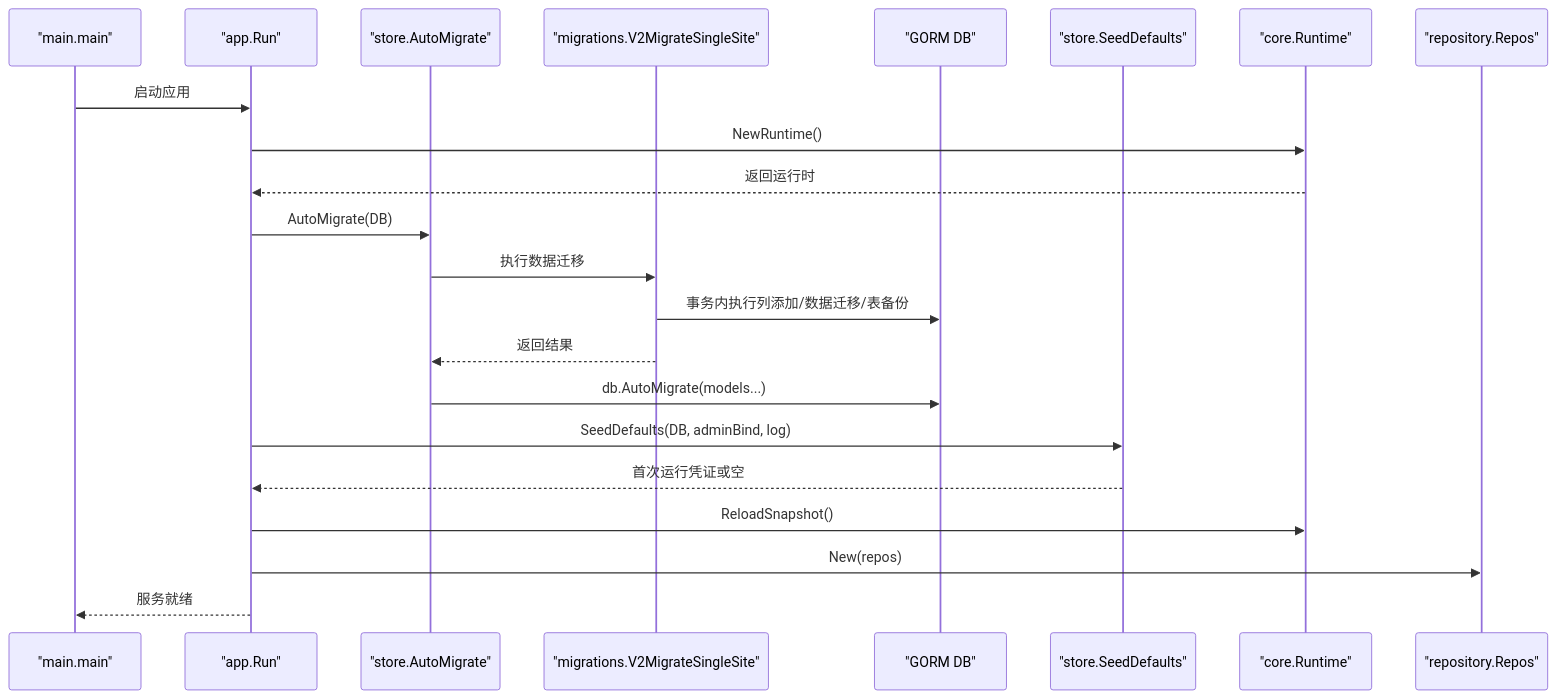
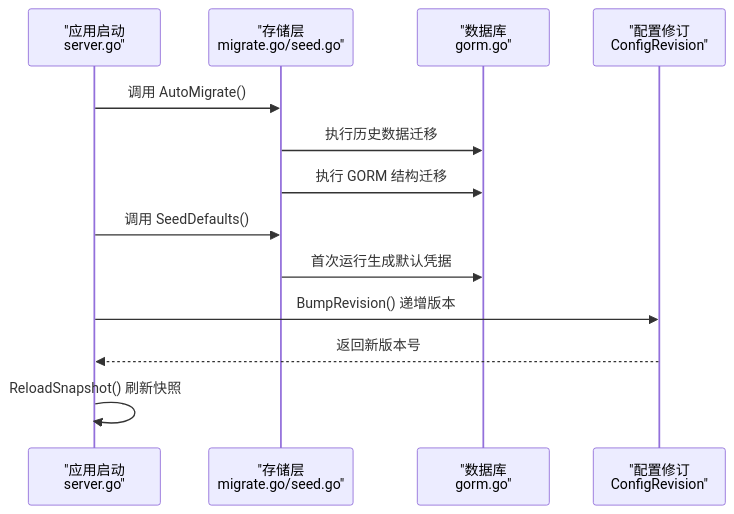
One commit to x01n/My-OpenWaf changed the second of 7 diagrams in docs/数据存储层/数据迁移管理.md. Above: the diagram before and after it, drawn with Mermaid. The commit also changed other lines of this file and 199 other files, not shown here.

````diff
--- a/docs/数据存储层/数据迁移管理.md
+++ b/docs/数据存储层/数据迁移管理.md
@@ -98,24 +117,15 @@
 ```mermaid
 sequenceDiagram
-participant Main as "main.main"
-participant App as "app.Run"
-participant Store as "store.AutoMigrate"
-participant Mig as "migrations.V2MigrateSingleSite"
-participant DB as "GORM DB"
-participant Seed as "store.SeedDefaults"
-participant RT as "core.Runtime"
-participant Repo as "repository.Repos"
-Main->>App : 启动应用
-App->>RT : NewRuntime()
-RT-->>App : 返回运行时
-App->>Store : AutoMigrate(DB)
-Store->>Mig : 执行数据迁移
-Mig->>DB : 事务内执行列添加/数据迁移/表备份
-Mig-->>Store : 返回结果
-Store->>DB : db.AutoMigrate(models...)
-App->>Seed : SeedDefaults(DB, adminBind, log)
-Seed-->>App : 首次运行凭证或空
-App->>RT : ReloadSnapshot()
-App->>Repo : New(repos)
-App-->>Main : 服务就绪
+participant Boot as "应用启动<br/>server.go"
+participant Store as "存储层<br/>migrate.go/seed.go"
+participant DB as "数据库<br/>gorm.go"
+participant Rev as "配置修订<br/>ConfigRevision"
+Boot->>Store : 调用 AutoMigrate()
+Store->>DB : 执行历史数据迁移
+Store->>DB : 执行 GORM 结构迁移
+Boot->>Store : 调用 SeedDefaults()
+Store->>DB : 首次运行生成默认凭据
+Boot->>Rev : BumpRevision() 递增版本
+Rev-->>Boot : 返回新版本号
+Boot->>Boot : ReloadSnapshot() 刷新快照
 ```
````
